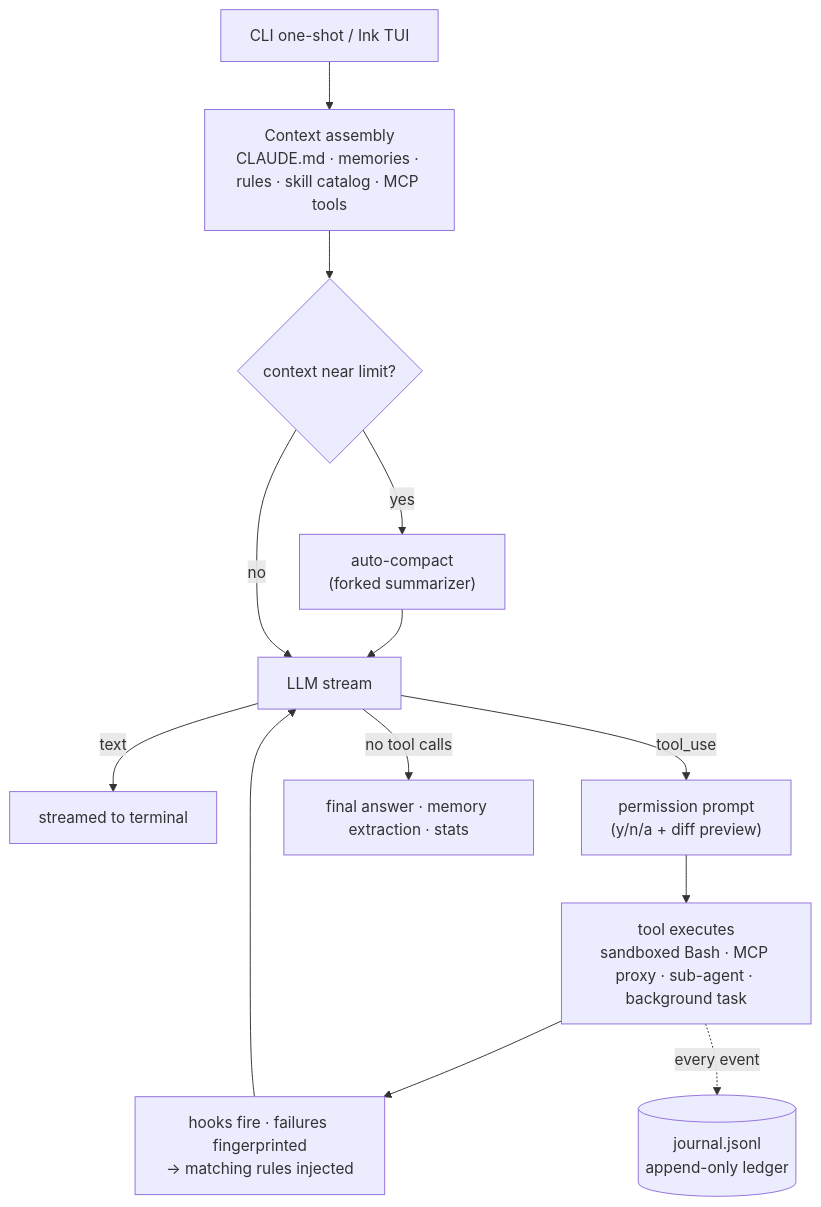
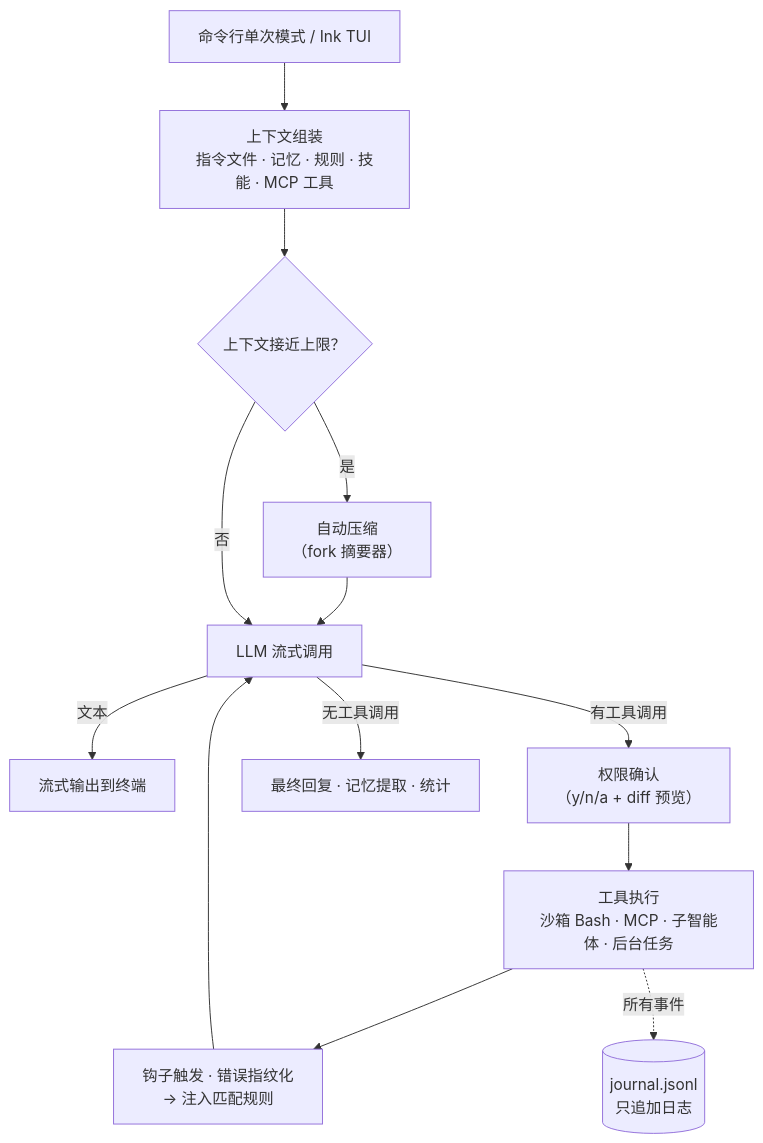
Before and after one commit to PrestoOverture/octonoesis: the second of 2 diagrams in README.zh-CN.md, drawn with Mermaid. The commit also changed other lines of this file and 1 other file, not shown here.

````diff
--- a/README.zh-CN.md
+++ b/README.zh-CN.md
@@ -157,14 +162,14 @@
 ```mermaid
 flowchart TD
-    IN["CLI one-shot / Ink TUI"] --> CTX["Context assembly\nCLAUDE.md · memories · rules · skill catalog · MCP tools"]
-    CTX --> Q{"context near limit?"}
-    Q -- yes --> CP["auto-compact\n(forked summarizer)"] --> LLM
-    Q -- no --> LLM["LLM stream"]
-    LLM -- text --> UI["streamed to terminal"]
-    LLM -- tool_use --> PERM["permission prompt\n(y/n/a + diff preview)"]
-    PERM --> EXEC["tool executes\nsandboxed Bash · MCP proxy · sub-agent · background task"]
-    EXEC --> HOOKS["hooks fire · failures fingerprinted\n→ matching rules injected"]
+    IN["命令行单次模式 / Ink TUI"] --> CTX["上下文组装\n指令文件 · 记忆 · 规则 · 技能 · MCP 工具"]
+    CTX --> Q{"上下文接近上限？"}
+    Q -- 是 --> CP["自动压缩\n（fork 摘要器）"] --> LLM
+    Q -- 否 --> LLM["LLM 流式调用"]
+    LLM -- 文本 --> UI["流式输出到终端"]
+    LLM -- 有工具调用 --> PERM["权限确认\n（y/n/a + diff 预览）"]
+    PERM --> EXEC["工具执行\n沙箱 Bash · MCP · 子智能体 · 后台任务"]
+    EXEC --> HOOKS["钩子触发 · 错误指纹化\n→ 注入匹配规则"]
     HOOKS --> LLM
-    LLM -- "no tool calls" --> DONE["final answer · memory extraction · stats"]
-    EXEC -. every event .-> J[("journal.jsonl\nappend-only ledger")]
+    LLM -- 无工具调用 --> DONE["最终回复 · 记忆提取 · 统计"]
+    EXEC -. 所有事件 .-> J[("journal.jsonl\n只追加日志")]
 ```
````
